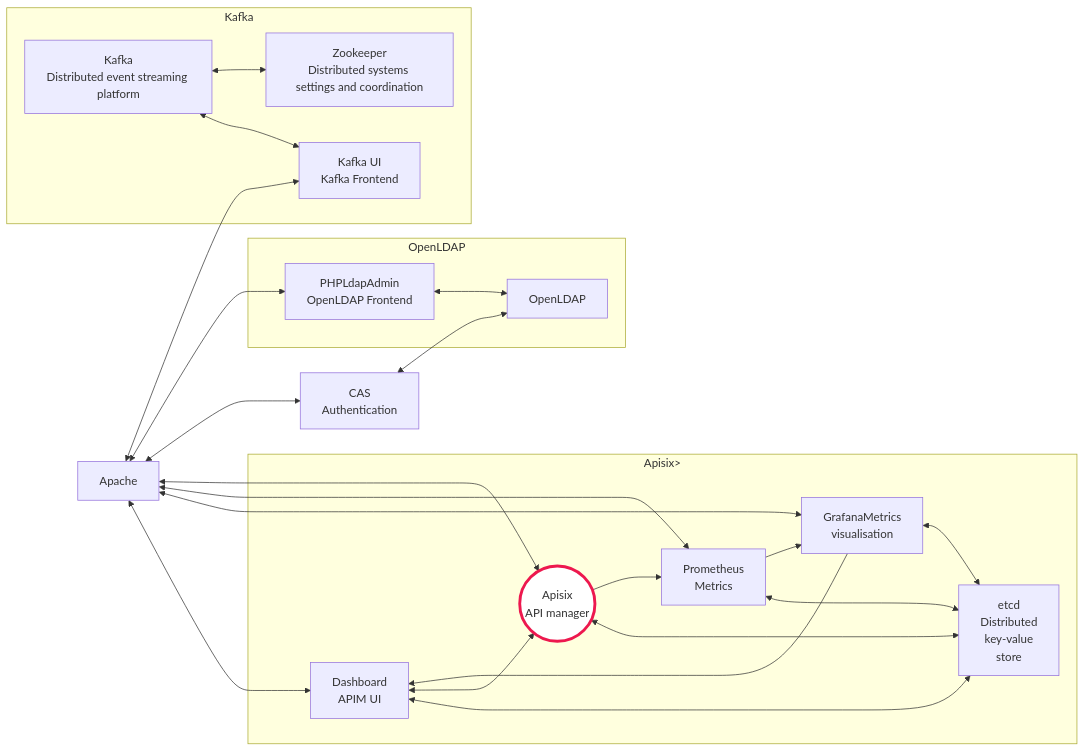
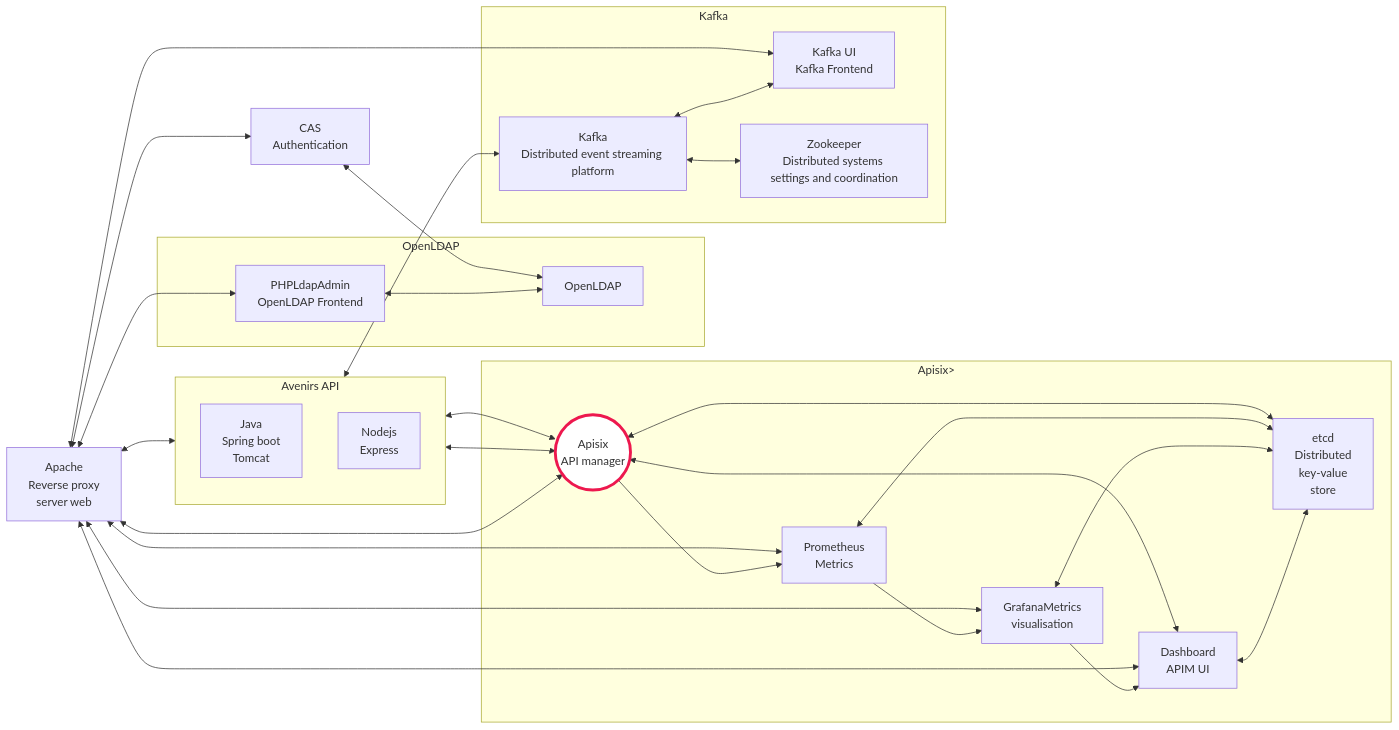
The diagram in README.md (avenirs-esr/srv-dev), drawn with Mermaid before and after one commit. The commit also changed 1 other file, not shown here.

Commit message:
feat: avnirs-api in big picture

````diff
--- a/README.md
+++ b/README.md
@@ -16,44 +16,52 @@
 ```mermaid
 graph LR;
 subgraph apisix[Apisix>]
   apx_etcd[etcd<br/>Distributed<br/>key-value<br/>store] 
   apx_ui[Dashboard<br/>APIM UI] <--> apx_etcd
   apx_grafana[GrafanaMetrics<br/>visualisation] <--> apx_etcd
   apx_prometheus[Prometheus<br/>Metrics] <--> apx_etcd
   apx_core((Apisix<br/>API manager)) <--> apx_etcd
 
   apx_grafana --> apx_ui
   apx_prometheus --> apx_grafana
   apx_ui <--> apx_core -->apx_prometheus
 end 
 
 cas[CAS<br/>Authentication] 
 
 subgraph openldap[OpenLDAP<br/>]
   oldap_openldap[OpenLDAP<br/>] 
   oldap_phpldapadmin[PHPLdapAdmin<br/>OpenLDAP Frontend] 
   oldap_phpldapadmin<-->oldap_openldap
 end
-apache[Apache<br/>Reverse proxy] 
+
 
 subgraph kafka[Kafka]
   kfk_kafka[Kafka<br/>Distributed event streaming platform] 
   kfk_kafka_ui[Kafka UI<br/>Kafka Frontend] 
   kfk_zookeeper[Zookeeper<br/>Distributed systems settings and coordination] 
   kfk_kafka<-->kfk_kafka_ui
   kfk_kafka<-->kfk_zookeeper
 end
 
+subgraph avenirs[Avenirs API]
+  avrs_java[Java <br/> Spring boot <br/> Tomcat]
+  avrs_nodejs[Nodejs <br/> Express]
+end
 cas <--> oldap_openldap
 apache  <--> apx_ui
 apache  <--> apx_grafana
 apache  <--> apx_prometheus
 apache  <--> apx_core
 apache <--> cas 
 apache <--> oldap_phpldapadmin
 apache <--> kfk_kafka_ui
+apache <--> avenirs
+avenirs <-->apx_core
+avenirs <-->apx_core
+avenirs <-->kfk_kafka
 
-apache[Apache] 
+apache[Apache <br/> Reverse proxy <br/>server web] 
 classDef main fill:white,stroke:#ed184e,stroke-width:4px, min-width:2000px
 class apx_core main
 ```
````
